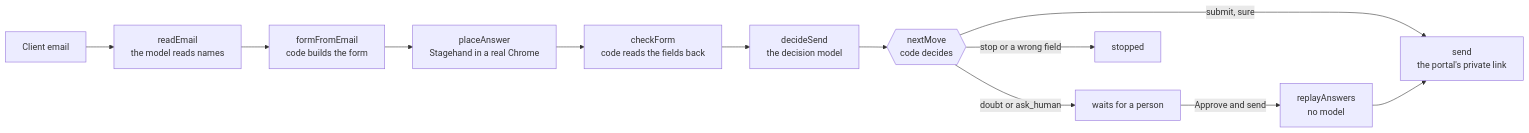
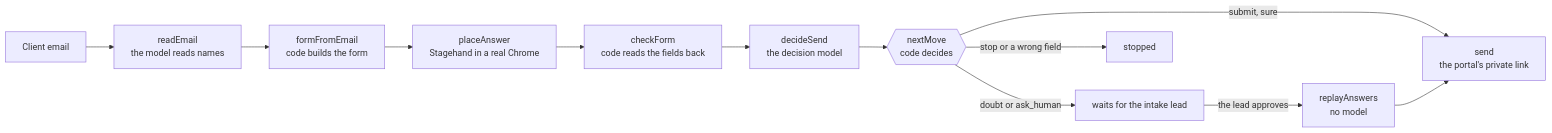
One commit to learnwithparam/ai-bootcamp changed the diagram in 08-browser-agent/README.md. Above: the diagram before and after it, drawn with Mermaid. The commit also changed other lines of this file and 152 other files, not shown here.

````diff
--- a/08-browser-agent/README.md
+++ b/08-browser-agent/README.md
@@ -85,13 +116,13 @@
 ```mermaid
 flowchart LR
   email["Client email"] --> read["readEmail<br/>the model reads names"]
   read --> form["formFromEmail<br/>code builds the form"]
   form --> fill["placeAnswer<br/>Stagehand in a real Chrome"]
   fill --> check["checkForm<br/>code reads the fields back"]
   check --> decide["decideSend<br/>the decision model"]
   decide --> next{{"nextMove<br/>code decides"}}
   next -->|submit, sure| send["send<br/>the portal's private link"]
-  next -->|doubt or ask_human| wait["waits for a person"]
+  next -->|doubt or ask_human| wait["waits for the intake lead"]
   next -->|stop or a wrong field| stop["stopped"]
-  wait -->|Approve and send| replay["replayAnswers<br/>no model"] --> send
+  wait -->|the lead approves| replay["replayAnswers<br/>no model"] --> send
 ```
````
